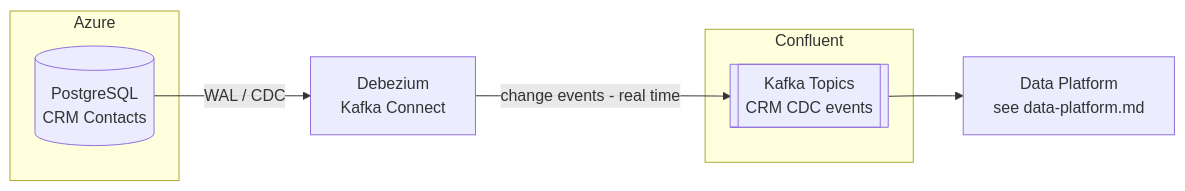
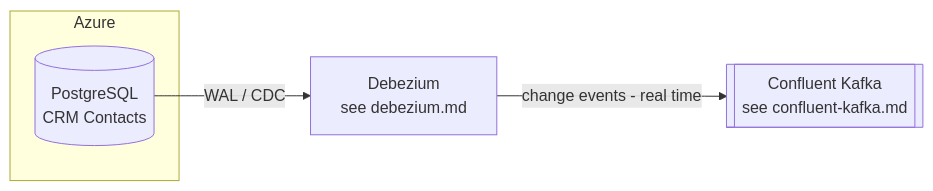
One commit to samuelramos/entourage changed the diagram in colaco-arch/crm.md. Above: the diagram before and after it, drawn with Mermaid. The commit also changed other lines of this file and 4 other files, not shown here.

Commit message:
Segregate Debezium and Confluent Kafka into own docs, expand data platform layers

````diff
--- a/colaco-arch/crm.md
+++ b/colaco-arch/crm.md
@@ -33,15 +26,11 @@
 ```mermaid
 flowchart LR
     subgraph Azure
         pg[(PostgreSQL\nCRM Contacts)]
     end
-    debezium[Debezium\nKafka Connect]
-    subgraph Confluent
-        kafka[[Kafka Topics\nCRM CDC events]]
-    end
-    consumers[Data Platform\nsee data-platform.md]
+    debezium[Debezium\nsee debezium.md]
+    kafka[[Confluent Kafka\nsee confluent-kafka.md]]
 
     pg -->|WAL / CDC| debezium
     debezium -->|change events - real time| kafka
-    kafka --> consumers
 ```
````
